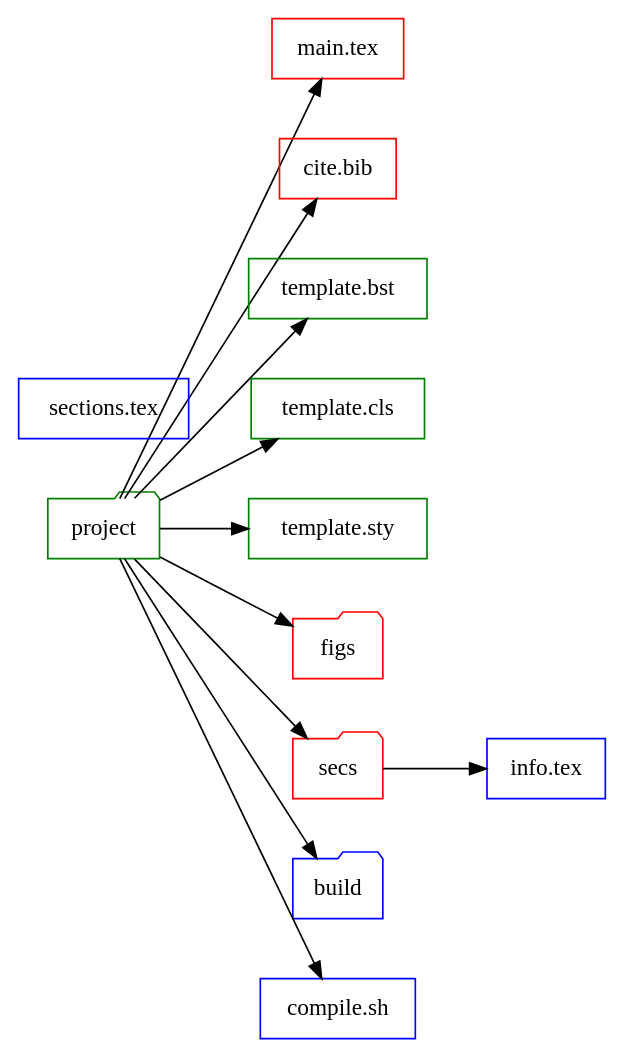
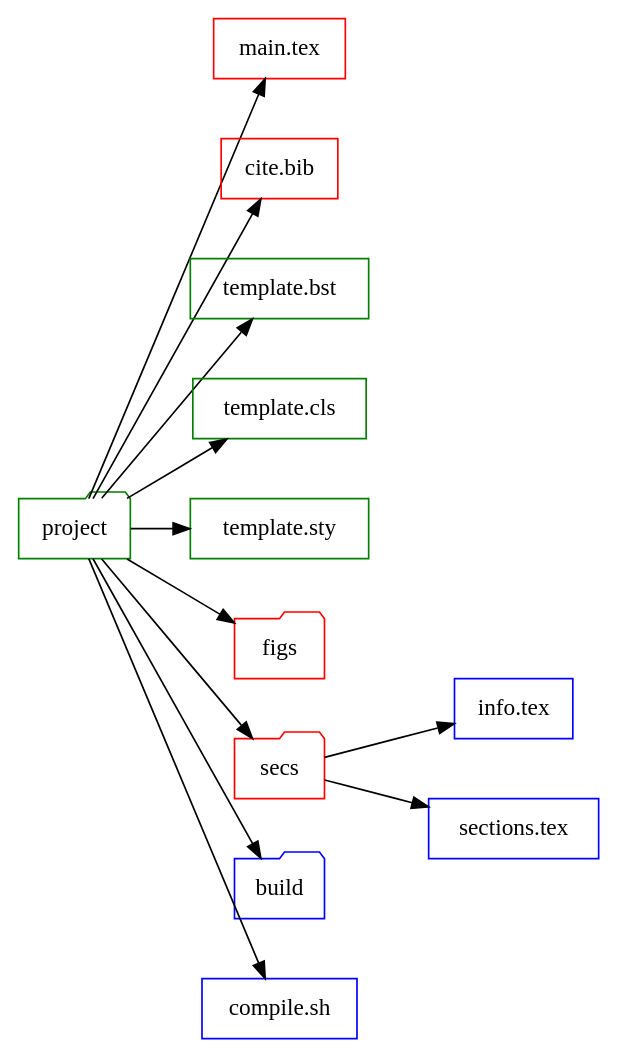
One commit to bwtian/texTemplate changed the diagram in texTemplate.org. Above: the diagram before and after it, drawn with Graphviz. The commit also changed other lines of this file and 2 other files, not shown here.

Commit message:
- ‘.#texTemplate.org’ / ‘texTemplate.org’ / ‘texTemplate.svg’

```diff
--- a/texTemplate.org
+++ b/texTemplate.org
@@ -4,29 +4,29 @@
 #+BEGIN_SRC dot :file ./texTemplate.svg
   digraph {
   rankdir = LR
   fontname="Times";
   fontsize = 12;
   splines = false;
   ranksep = 0.5;
   nodesep = 0.5;
   node [shape = box]
   //1. set node
   proj [label = "project", color = green, shape="folder"]
   info [label = "info.tex", color = blue]
   secs [label = "sections.tex", color = blue]
   main [label = "main.tex", color = red]
   bib [label = "cite.bib", color = red]
   bst [label = "template.bst", color = green]
   cls [label = "template.cls", color = green]
   sty [label = "template.sty", color = green]
   fig [label = "figs", color=red, shape="folder"]
   sec [label = "secs", color=red, shape="folder"]
   build [label  = "build", color = blue, shape="folder"]
   gen [label = "compile.sh", color = blue]
   //2. set path
   proj -> {fig sec main bib sty bst cls build gen}
-  sec -> {info}
+  sec -> {info, secs}
   //3. set rank
 
   }
 #+END_SRC
```
